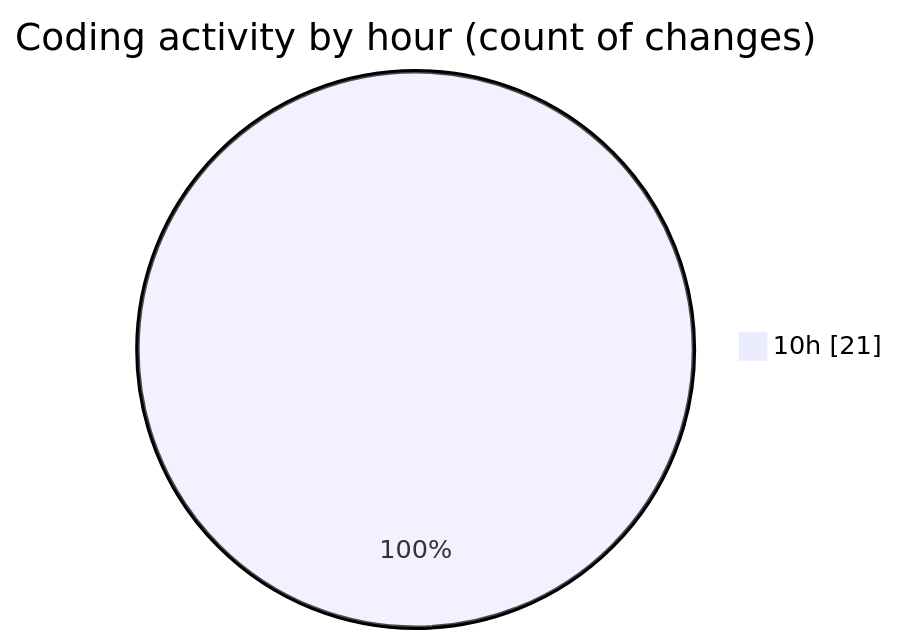
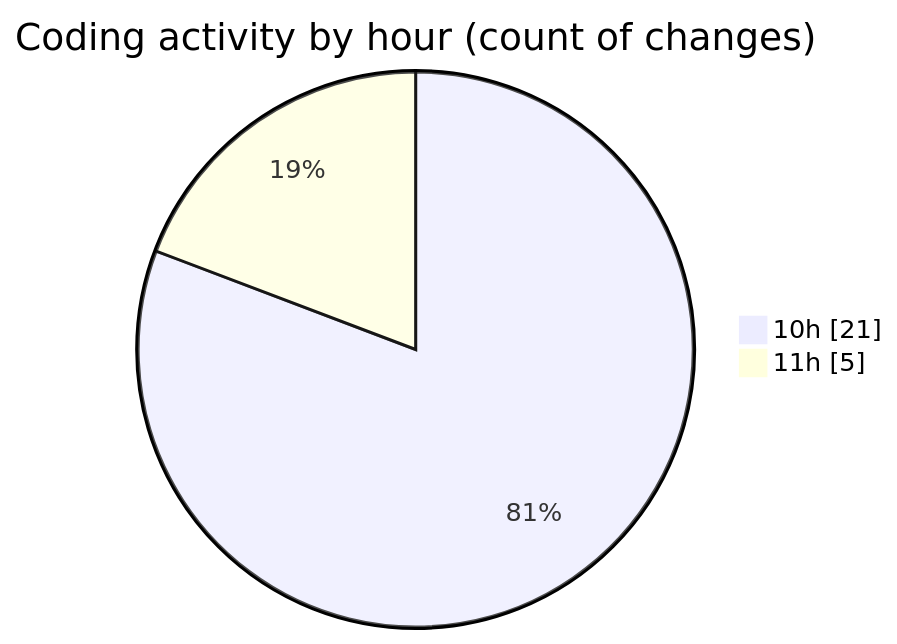
Before and after one commit to momahboobian/code-tracking: the second of 2 diagrams in 2026-05-05/cda/README.md, drawn with Mermaid. The commit also changed other lines of this file and 1 other file, not shown here.

````diff
--- a/2026-05-05/cda/README.md
+++ b/2026-05-05/cda/README.md
@@ -50,5 +52,6 @@
 ```mermaid
 pie showData
 title Coding activity by hour (count of changes)
 "10h" : 21
+"11h" : 5
 ```
````
